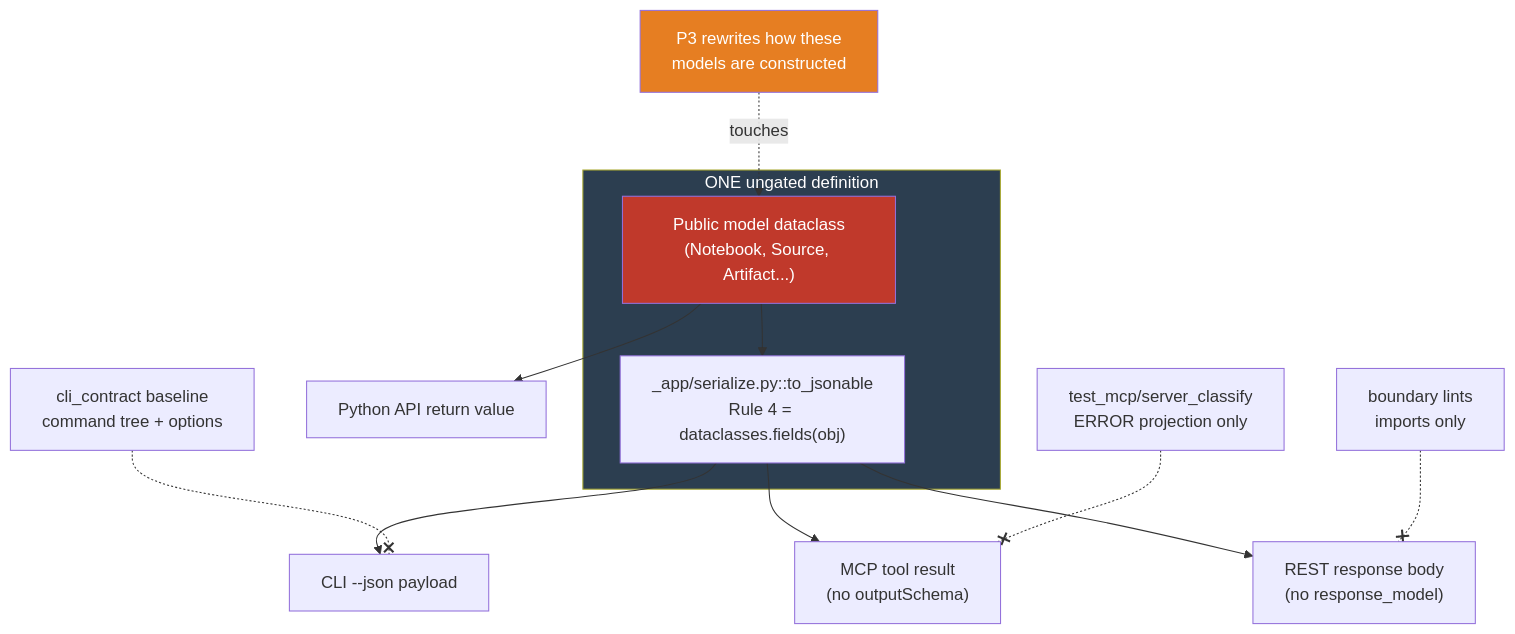
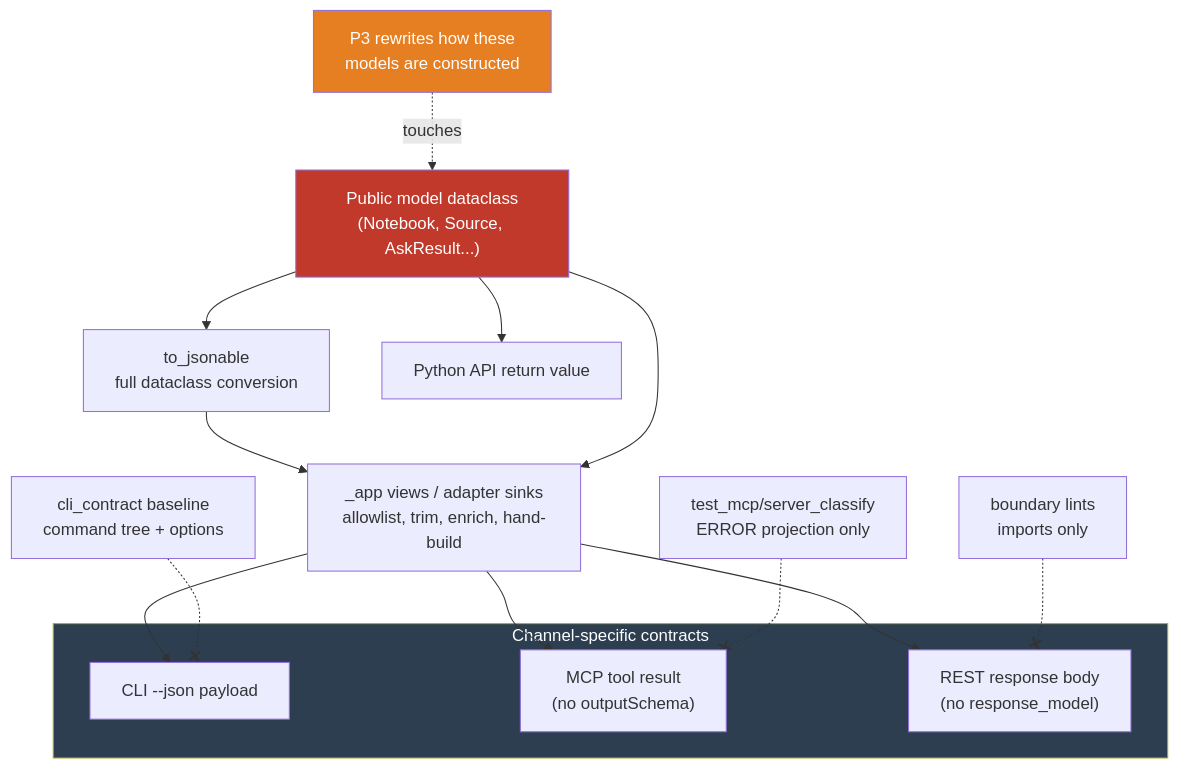
The third of 6 diagrams in docs/plan/2026-08-13-semantic-backend-refactor.md (AnnasMazhar/notebooklm-py), drawn with Mermaid before and after one commit. The commit also changed other lines of this file and 2 other files, not shown here.

Commit message:
docs(architecture): correct P0 contract evidence

````diff
--- a/docs/plan/2026-08-13-semantic-backend-refactor.md
+++ b/docs/plan/2026-08-13-semantic-backend-refactor.md
@@ -292,23 +292,30 @@
 ```mermaid
 flowchart TB
-    subgraph one["ONE ungated definition"]
-        M["Public model dataclass<br/>(Notebook, Source, Artifact...)"]
-        TJ["_app/serialize.py::to_jsonable<br/>Rule 4 = dataclasses.fields(obj)"]
-        M --> TJ
+    M["Public model dataclass<br/>(Notebook, Source, AskResult...)"]
+    TJ["to_jsonable<br/>full dataclass conversion"]
+    V["_app views / adapter sinks<br/>allowlist, trim, enrich, hand-build"]
+
+    M --> TJ
+    TJ --> V
+    M --> V
+    M --> PY["Python API return value"]
+
+    subgraph channels["Channel-specific contracts"]
+        CLI["CLI --json payload"]
+        MCP["MCP tool result<br/>(no outputSchema)"]
+        REST["REST response body<br/>(no response_model)"]
     end
-
-    TJ --> CLI["CLI --json payload"]
-    TJ --> MCP["MCP tool result<br/>(no outputSchema)"]
-    TJ --> REST["REST response body<br/>(no response_model)"]
-    M --> PY["Python API return value"]
+    V --> CLI
+    V --> MCP
+    V --> REST
 
     P3["P3 rewrites how these<br/>models are constructed"] -.->|touches| M
 
     G1["cli_contract baseline<br/>command tree + options"] -.-x CLI
     G2["test_mcp/server_classify<br/>ERROR projection only"] -.-x MCP
     G3["boundary lints<br/>imports only"] -.-x REST
 
     style M fill:#c0392b,color:#fff
     style P3 fill:#e67e22,color:#fff
-    style one fill:#2c3e50,color:#fff
+    style channels fill:#2c3e50,color:#fff
 ```
````
